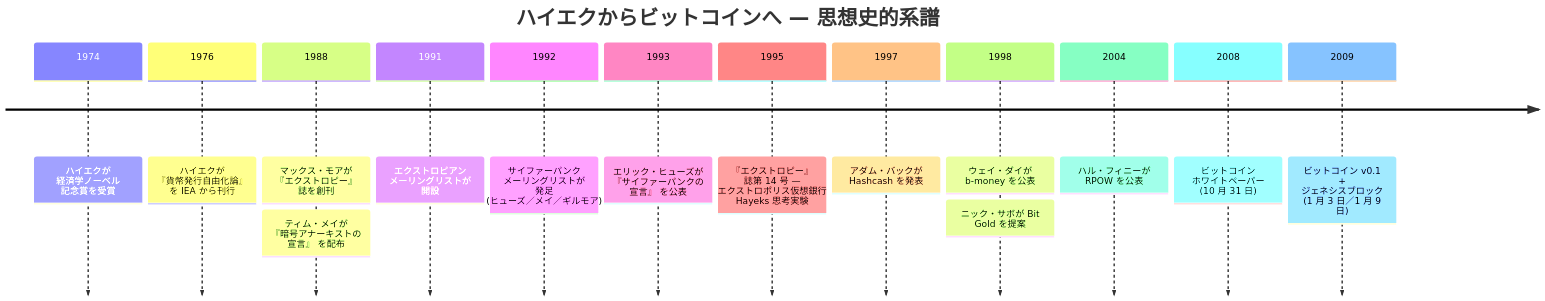
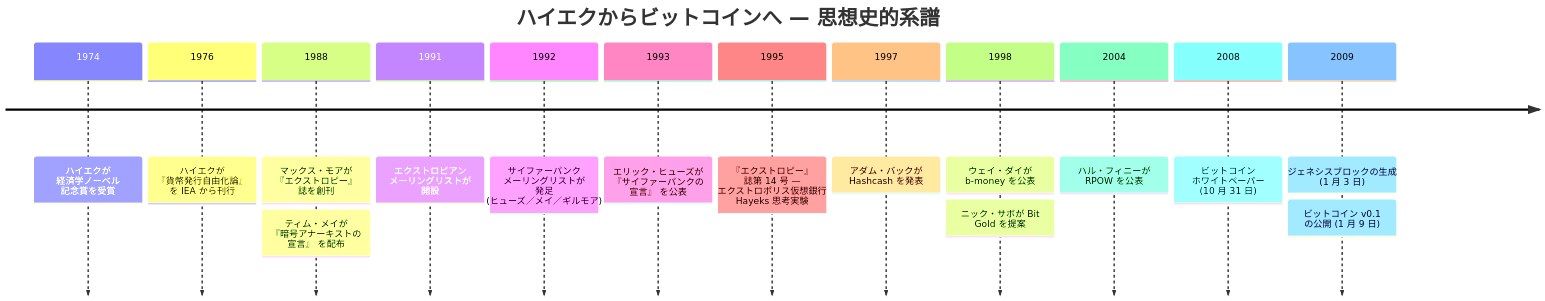
The first of 2 diagrams in src/data/translations/ja/analysis/1976-10-25-hayek-extropians-bitcoin-lineage.md (cypher256/BitcoinArchive), drawn with Mermaid before and after one commit. The commit also changed 66 other files, not shown here.

````diff
--- a/src/data/translations/ja/analysis/1976-10-25-hayek-extropians-bitcoin-lineage.md
+++ b/src/data/translations/ja/analysis/1976-10-25-hayek-extropians-bitcoin-lineage.md
@@ -124,22 +124,24 @@
 ```mermaid
 timeline
   title ハイエクからビットコインへ — 思想史的系譜
   1974 : ハイエクが 経済学ノーベル 記念賞を受賞
   1976 : ハイエクが 『貨幣発行自由化論』 を IEA から刊行
   1988 : マックス・モアが 『エクストロピー』 誌を創刊
        : ティム・メイが 『暗号アナーキストの 宣言』 を配布
   1991 : エクストロピアン メーリングリストが 開設
   1992 : サイファーパンク メーリングリストが 発足 (ヒューズ／メイ／ギルモア)
   1993 : エリック・ヒューズが 『サイファーパンクの 宣言』 を公表
   1995 : 『エクストロピー』 誌第 14 号 — エクストロポリス仮想銀行 Hayeks 思考実験
   1997 : アダム・バックが Hashcash を発表
   %% link: /BitcoinArchive/ja/entries/aftermath/1997-03-28-adam-back-hashcash-announcement/
   1998 : ウェイ・ダイが b-money を公表
   %% link: /BitcoinArchive/ja/entries/aftermath/1998-11-26-wei-dai-pipenet-b-money-announcement/
        : ニック・サボが Bit Gold を提案
   2004 : ハル・フィニーが RPOW を公表
   2008 : ビットコイン ホワイトペーパー (10 月 31 日)
   %% link: /BitcoinArchive/ja/entries/emails/cryptography/bitcoin-p2p-e-cash-paper/2008-10-31-bitcoin-p2p-e-cash-paper/
-  2009 : ビットコイン v0.1 + ジェネシスブロック (1 月 3 日／1 月 9 日)
+  2009 : ジェネシスブロックの生成 (1 月 3 日)
   %% link: /BitcoinArchive/ja/entries/aftermath/2009-01-03-genesis-block/
+       : ビットコイン v0.1 の公開 (1 月 9 日)
+  %% link: /BitcoinArchive/ja/entries/aftermath/2009-01-09-bitcoin-v01-released/
 ```
````
